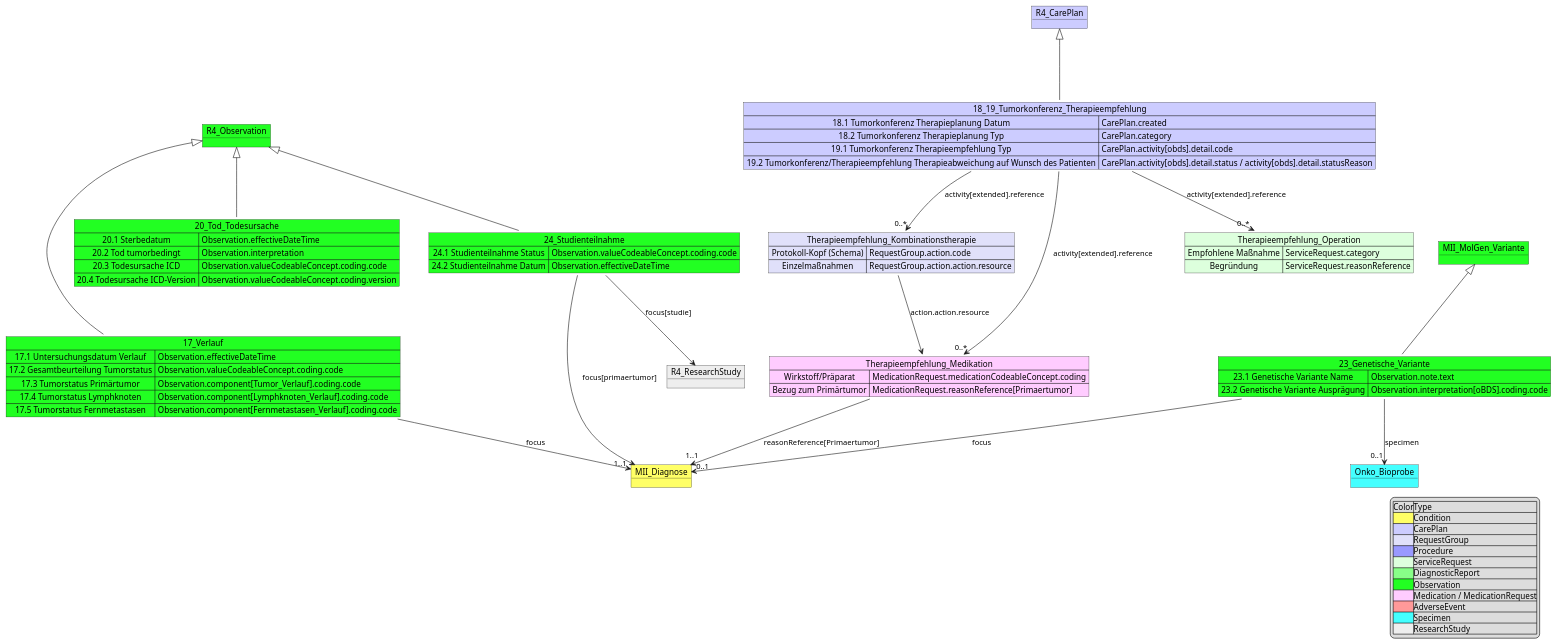
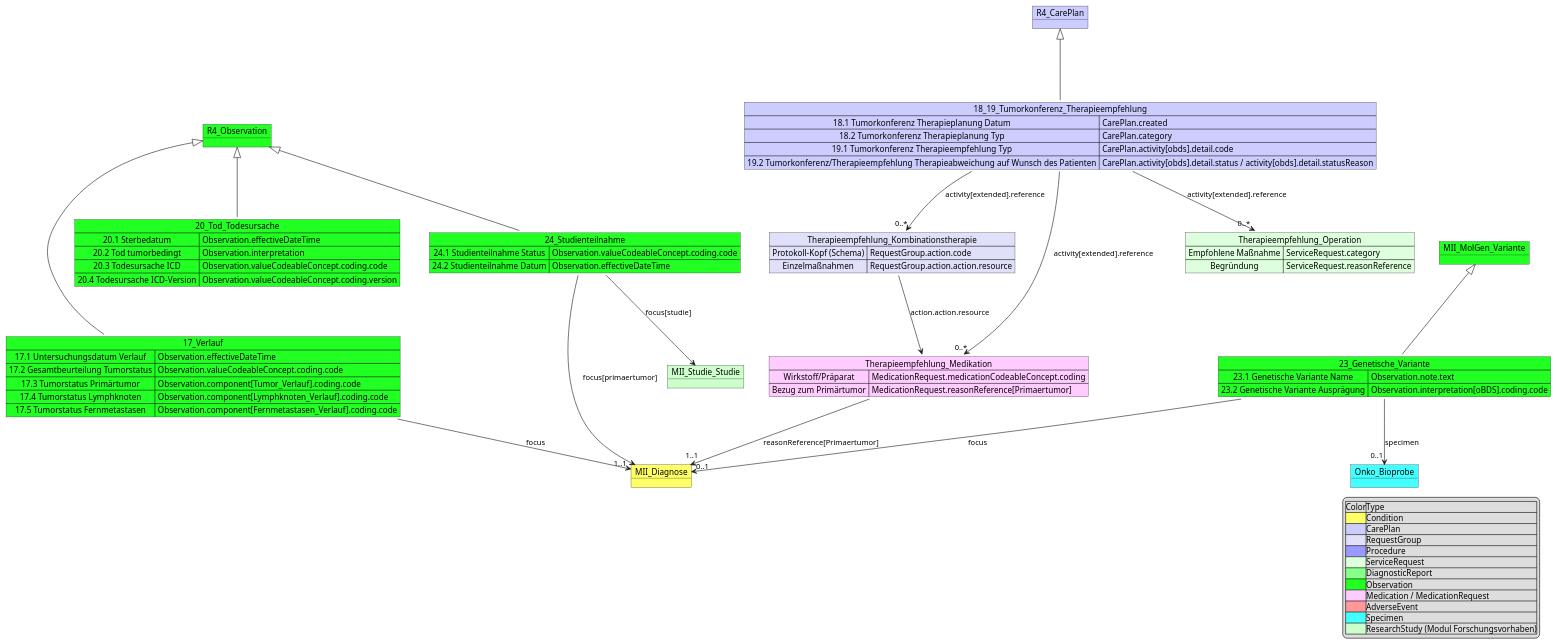
One commit to medizininformatik-initiative/kerndatensatzmodul-onkologie changed the diagram in input/images-source/MII_Onko_17-20_24_Others.pu. Above: the diagram before and after it, drawn with PlantUML. The commit also changed 22 other files, not shown here.

First line of the commit message:
feat: Upstream-Stand nachgezogen — base 2026.0.1, Forschungsvorhaben in Profil und UML (14w.20, GH #232)

```diff
--- a/input/images-source/MII_Onko_17-20_24_Others.pu
+++ b/input/images-source/MII_Onko_17-20_24_Others.pu
@@ -1,91 +1,91 @@
 @startuml MII_Onko_17-20_24_Others
 object R4_Observation #22FF22
 object MII_Diagnose #FFFF66
 
 Map 17_Verlauf #22FF22{
     17.1 Untersuchungsdatum Verlauf => Observation.effectiveDateTime
     17.2 Gesamtbeurteilung Tumorstatus => Observation.valueCodeableConcept.coding.code
     17.3 Tumorstatus Primärtumor => Observation.component[Tumor_Verlauf].coding.code
     17.4 Tumorstatus Lymphknoten => Observation.component[Lymphknoten_Verlauf].coding.code
     17.5 Tumorstatus Fernmetastasen => Observation.component[Fernmetastasen_Verlauf].coding.code
 
 }
 R4_Observation <|-down-- 17_Verlauf
 17_Verlauf --> "1..1" MII_Diagnose : focus
 
 object R4_CarePlan #CCCCFF
 Map 18_19_Tumorkonferenz_Therapieempfehlung #CCCCFF{
     18.1 Tumorkonferenz Therapieplanung Datum => CarePlan.created
     18.2 Tumorkonferenz Therapieplanung Typ => CarePlan.category
     19.1 Tumorkonferenz Therapieempfehlung Typ => CarePlan.activity[obds].detail.code
     19.2 Tumorkonferenz/Therapieempfehlung Therapieabweichung auf Wunsch des Patienten => CarePlan.activity[obds].detail.status / activity[obds].detail.statusReason
 }
 R4_CarePlan <|-down-- 18_19_Tumorkonferenz_Therapieempfehlung
 
 Map Therapieempfehlung_Kombinationstherapie #E0E0FA {
     Protokoll-Kopf (Schema) => RequestGroup.action.code
     Einzelmaßnahmen => RequestGroup.action.action.resource
 }
 
 Map Therapieempfehlung_Medikation #FFCCFF {
     Wirkstoff/Präparat => MedicationRequest.medicationCodeableConcept.coding
     Bezug zum Primärtumor => MedicationRequest.reasonReference[Primaertumor]
 }
 
 Map Therapieempfehlung_Operation #DDFFDD {
     Empfohlene Maßnahme => ServiceRequest.category
     Begründung => ServiceRequest.reasonReference
 }
 
 18_19_Tumorkonferenz_Therapieempfehlung --> "0..*" Therapieempfehlung_Kombinationstherapie : activity[extended].reference
 18_19_Tumorkonferenz_Therapieempfehlung --> "0..*" Therapieempfehlung_Medikation : activity[extended].reference
 18_19_Tumorkonferenz_Therapieempfehlung --> "0..*" Therapieempfehlung_Operation : activity[extended].reference
 Therapieempfehlung_Kombinationstherapie --> Therapieempfehlung_Medikation : action.action.resource
 Therapieempfehlung_Medikation --> "1..1" MII_Diagnose : reasonReference[Primaertumor]
 
 Map 20_Tod_Todesursache #22FF22 {
  20.1 Sterbedatum => Observation.effectiveDateTime 
  20.2 Tod tumorbedingt => Observation.interpretation
  20.3 Todesursache ICD  => Observation.valueCodeableConcept.coding.code
  20.4 Todesursache ICD-Version => Observation.valueCodeableConcept.coding.version
  } 
 R4_Observation <|-down- 20_Tod_Todesursache
 
 object MII_MolGen_Variante #22FF22
 object Onko_Bioprobe #44FFFF
 Map 23_Genetische_Variante #22FF22 {
     23.1 Genetische Variante Name => Observation.note.text
     23.2 Genetische Variante Ausprägung => Observation.interpretation[oBDS].coding.code
 }
 MII_MolGen_Variante <|-down- 23_Genetische_Variante
 23_Genetische_Variante --> "0..1" Onko_Bioprobe : specimen
 23_Genetische_Variante --> "0..1" MII_Diagnose : focus
 
 
-object R4_ResearchStudy #EEEEEE
+object MII_Studie_Studie [[https://simplifier.net/medizininformatikinitiative-modulstudie]] #CCFFCC
 Map 24_Studienteilnahme #22FF22 {
     24.1 Studienteilnahme Status => Observation.valueCodeableConcept.coding.code
     24.2 Studienteilnahme Datum => Observation.effectiveDateTime
 }
 R4_Observation <|-down- 24_Studienteilnahme
 24_Studienteilnahme --> MII_Diagnose : focus[primaertumor]
-24_Studienteilnahme --> R4_ResearchStudy : focus[studie]
+24_Studienteilnahme --> MII_Studie_Studie : focus[studie]
 
 
 
 legend right 
 |Color|Type|
 |<#FFFF66>|Condition|
 |<#CCCCFF>|CarePlan|
 |<#E0E0FA>|RequestGroup|
 |<#9999FF>|Procedure|
 |<#DDFFDD>|ServiceRequest|
 |<#88FF88>|DiagnosticReport|
 |<#22FF22>|Observation|
 |<#FFCCFF>|Medication / MedicationRequest|
 |<#FF9999>|AdverseEvent|
 |<#44FFFF>|Specimen|
-|<#EEEEEE>|ResearchStudy|
+|<#CCFFCC>|ResearchStudy (Modul Forschungsvorhaben)|
 endlegend
 
 @enduml
```
